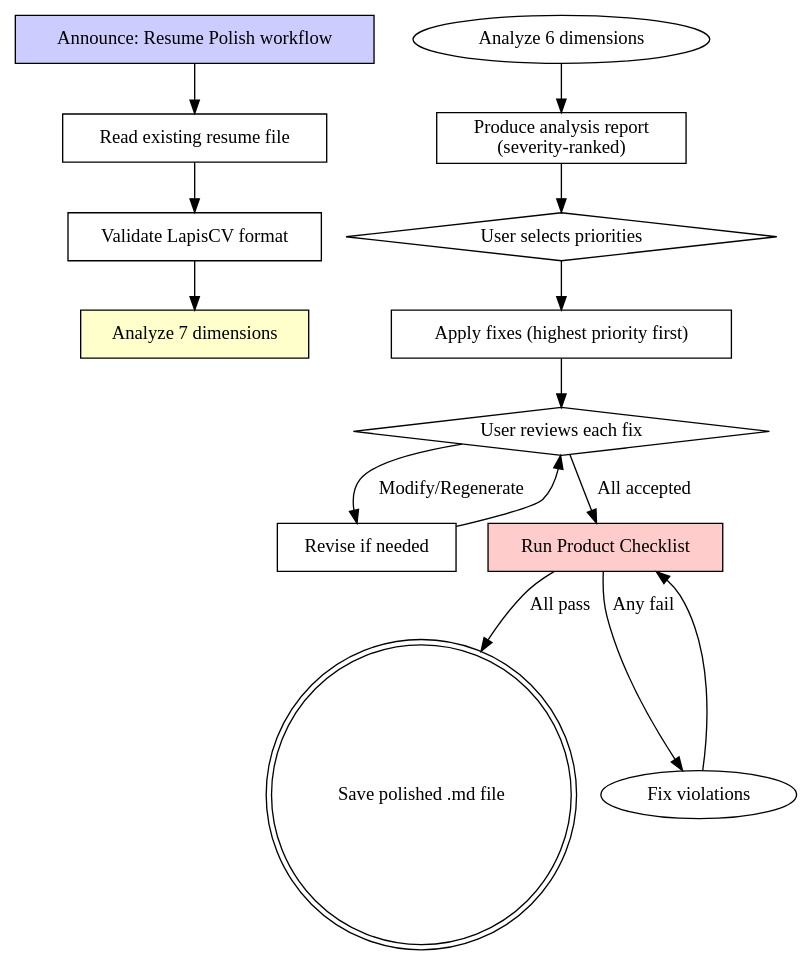
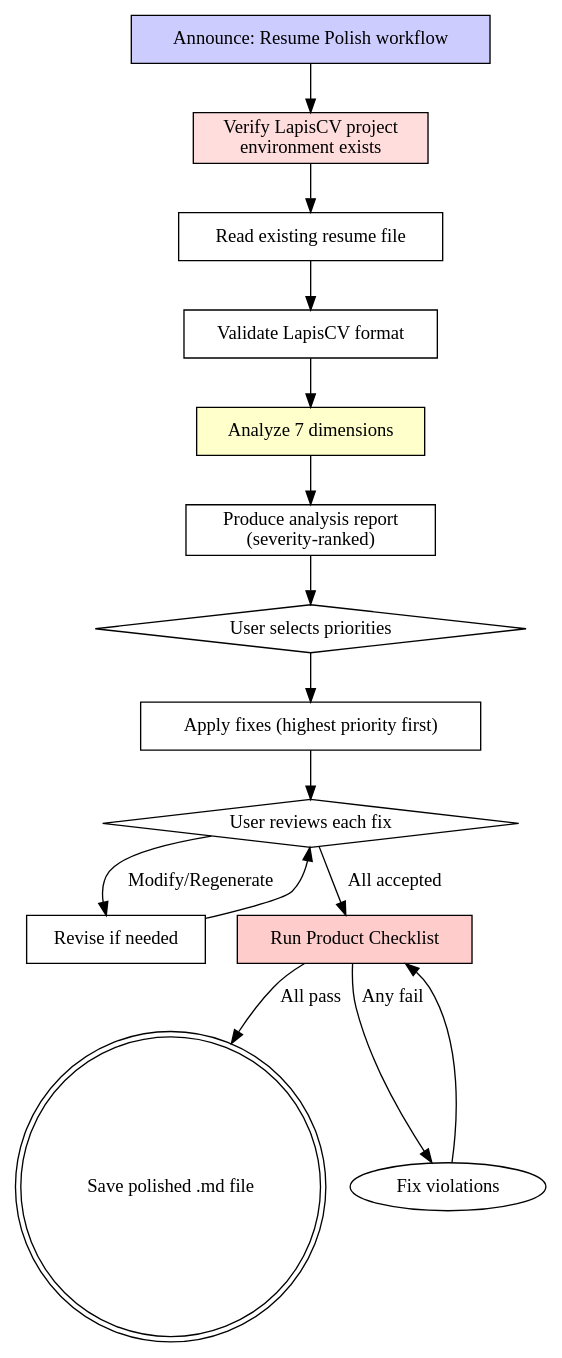
One commit to Wood-Q/Mokio-Interview-Skill changed the diagram in skills/mokio-interview-skill/resume-polish.md. Above: the diagram before and after it, drawn with Graphviz. The commit also changed other lines of this file and 3 other files, not shown here.

````diff
--- a/skills/mokio-interview-skill/resume-polish.md
+++ b/skills/mokio-interview-skill/resume-polish.md
@@ -27,30 +27,32 @@
 ```dot
 digraph resume_polish {
     rankdir=TB;
     "Announce: Resume Polish workflow" [shape=box, style=filled, fillcolor="#ccccff"];
+    "Verify LapisCV project\nenvironment exists" [shape=box, style=filled, fillcolor="#ffdddd"];
     "Read existing resume file" [shape=box];
     "Validate LapisCV format" [shape=box];
     "Analyze 7 dimensions" [shape=box, style=filled, fillcolor="#ffffcc"];
     "Produce analysis report\n(severity-ranked)" [shape=box];
     "User selects priorities" [shape=diamond];
     "Apply fixes (highest priority first)" [shape=box];
     "User reviews each fix" [shape=diamond];
     "Revise if needed" [shape=box];
     "Run Product Checklist" [shape=box, style=filled, fillcolor="#ffcccc"];
     "Save polished .md file" [shape=doublecircle];
 
-    "Announce: Resume Polish workflow" -> "Read existing resume file";
+    "Announce: Resume Polish workflow" -> "Verify LapisCV project\nenvironment exists";
+    "Verify LapisCV project\nenvironment exists" -> "Read existing resume file";
     "Read existing resume file" -> "Validate LapisCV format";
     "Validate LapisCV format" -> "Analyze 7 dimensions";
-    "Analyze 6 dimensions" -> "Produce analysis report\n(severity-ranked)";
+    "Analyze 7 dimensions" -> "Produce analysis report\n(severity-ranked)";
     "Produce analysis report\n(severity-ranked)" -> "User selects priorities";
     "User selects priorities" -> "Apply fixes (highest priority first)";
     "Apply fixes (highest priority first)" -> "User reviews each fix";
     "User reviews each fix" -> "Revise if needed" [label="Modify/Regenerate"];
     "User reviews each fix" -> "Run Product Checklist" [label="All accepted"];
     "Revise if needed" -> "User reviews each fix";
     "Run Product Checklist" -> "Save polished .md file" [label="All pass"];
     "Run Product Checklist" -> "Fix violations" [label="Any fail"];
     "Fix violations" -> "Run Product Checklist";
 }
 ```
````
